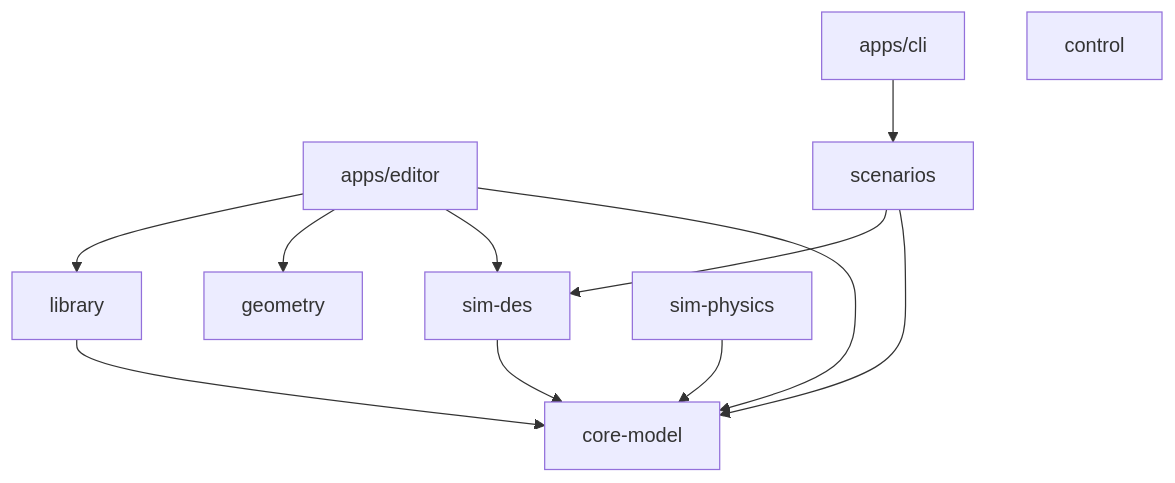
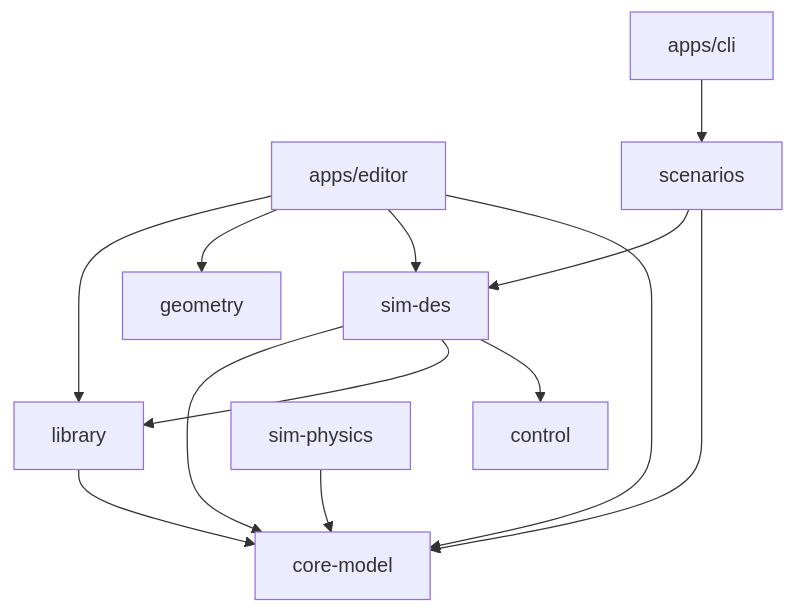
The first of 2 diagrams in docs/en/app/A02 Architecture.md (marceloamec/intracraft), drawn with Mermaid before and after one commit. The commit also changed other lines of this file and 147 other files, not shown here.

Commit message:
Add process station work: editor, commands, control, library and docs updates

````diff
--- a/docs/en/app/A02 Architecture.md
+++ b/docs/en/app/A02 Architecture.md
@@ -29,14 +29,16 @@
 ```mermaid
 flowchart TD
   editor[apps/editor] --> library
   editor --> geometry
   editor --> simdes[sim-des]
   editor --> core[core-model]
   cli[apps/cli] --> scenarios
   scenarios --> simdes
   scenarios --> core
   library --> core
   simdes --> core
+  simdes --> library
+  simdes --> control
   simphys[sim-physics] --> core
   control
 ```
````
